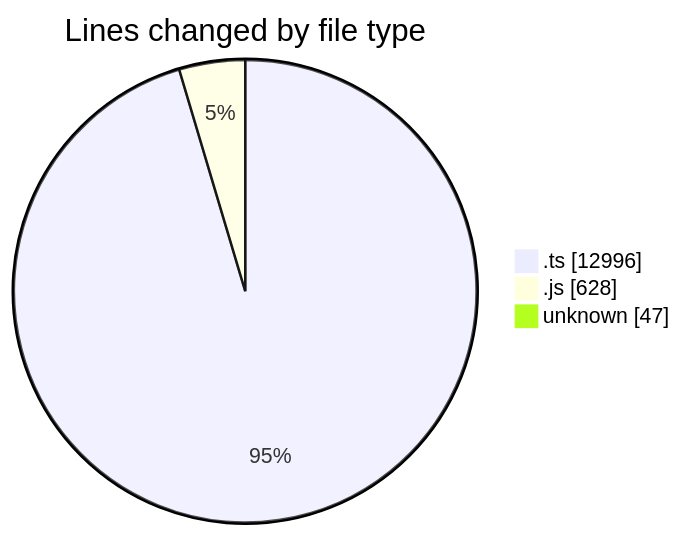
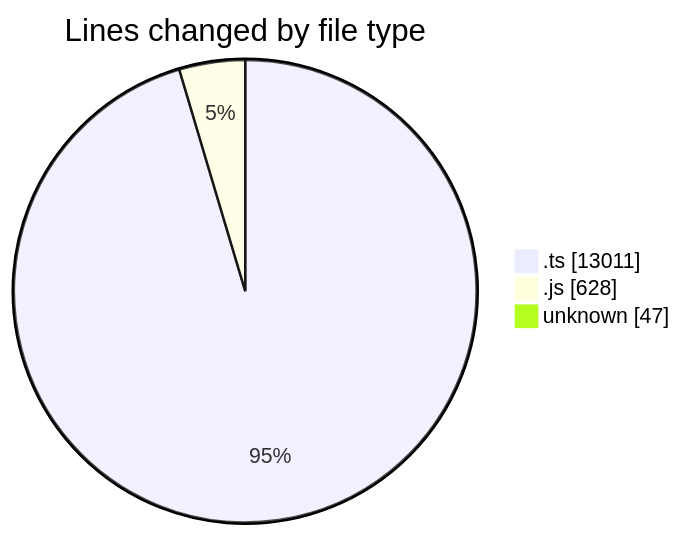
The first of 2 diagrams in 2025-09-05/cda/README.md (momahboobian/code-tracking), drawn with Mermaid before and after one commit. The commit also changed other lines of this file and 1 other file, not shown here.

````diff
--- a/2025-09-05/cda/README.md
+++ b/2025-09-05/cda/README.md
@@ -27,7 +27,7 @@
 ```mermaid
 pie showData
 title Lines changed by file type
-".ts" : 12996
+".ts" : 13011
 ".js" : 628
 "unknown" : 47
 ```
````
